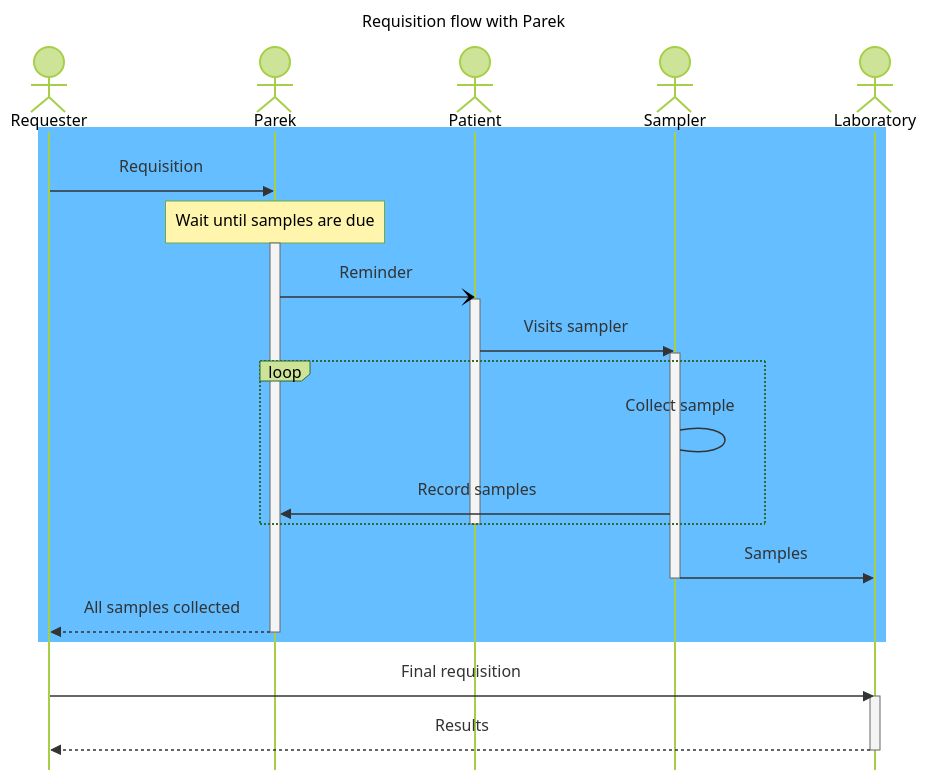
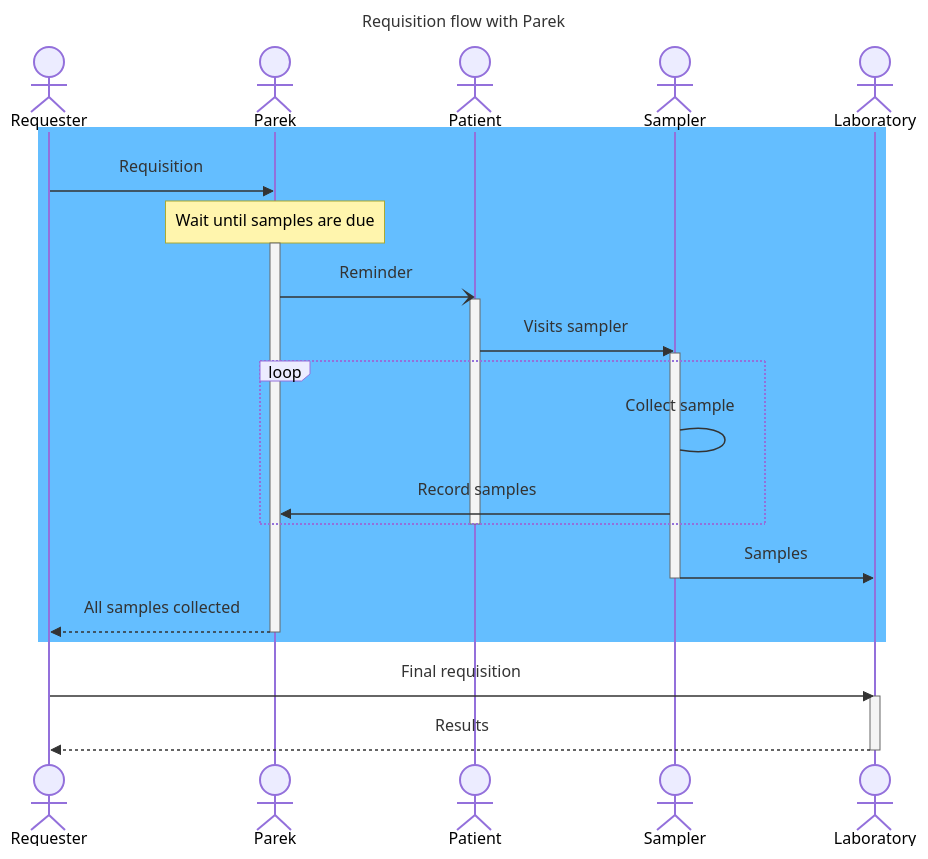
One commit to HL7Norway/PasientensRekvisisjoner-Parek changed the second of 3 diagrams in ParekIG/input/pagecontent/index.md. Above: the diagram before and after it, drawn with Mermaid. The commit also changed other lines of this file and 2 other files, not shown here.

Commit message:
Clean up attempts to fix mermaid rendering

````diff
--- a/ParekIG/input/pagecontent/index.md
+++ b/ParekIG/input/pagecontent/index.md
@@ -55,42 +40,34 @@
 ```mermaid
 ---
 title: Requisition flow with Parek
 ---
-%%{init: {
-    'sequence': {
-        'mirrorActors':false,
-        'useMaxHeight': false
-        },
-    'theme': 'forest'
-    }
-}%%
 sequenceDiagram
     actor Requester
     actor Parek
     actor Patient
     actor Sampler
     actor Laboratory
 
     rect rgb(100, 190, 255)
         Requester->>Parek: Requisition
         Note over Parek: Wait until samples are due
         activate Parek
         Parek-)Patient: Reminder
         activate Patient
         Patient->>Sampler: Visits sampler
         activate Sampler
         loop
             Sampler->Sampler: Collect sample
             Sampler->>Parek: Record samples
         end
         deactivate Patient
         Sampler->>Laboratory: Samples
         deactivate Sampler
         Parek-->>Requester: All samples collected
         deactivate Parek
     end
     Requester->>Laboratory: Final requisition
     activate Laboratory
     Laboratory-->>Requester: Results
     deactivate Laboratory
 ```
````
